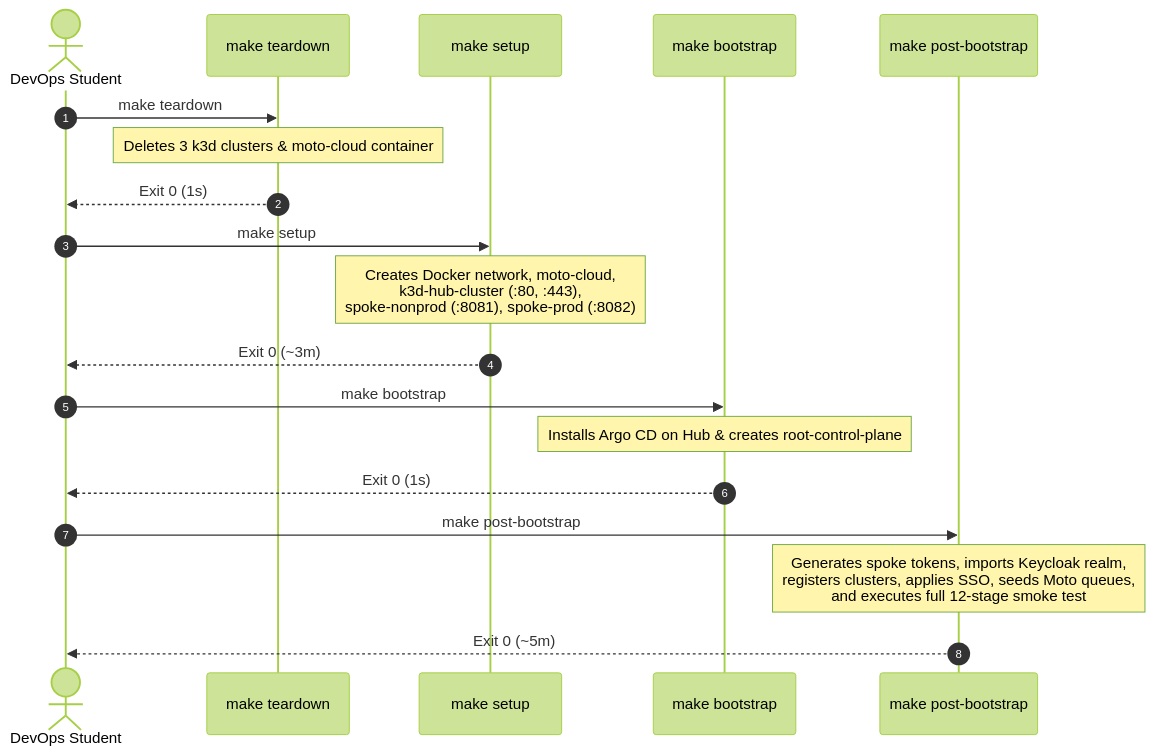
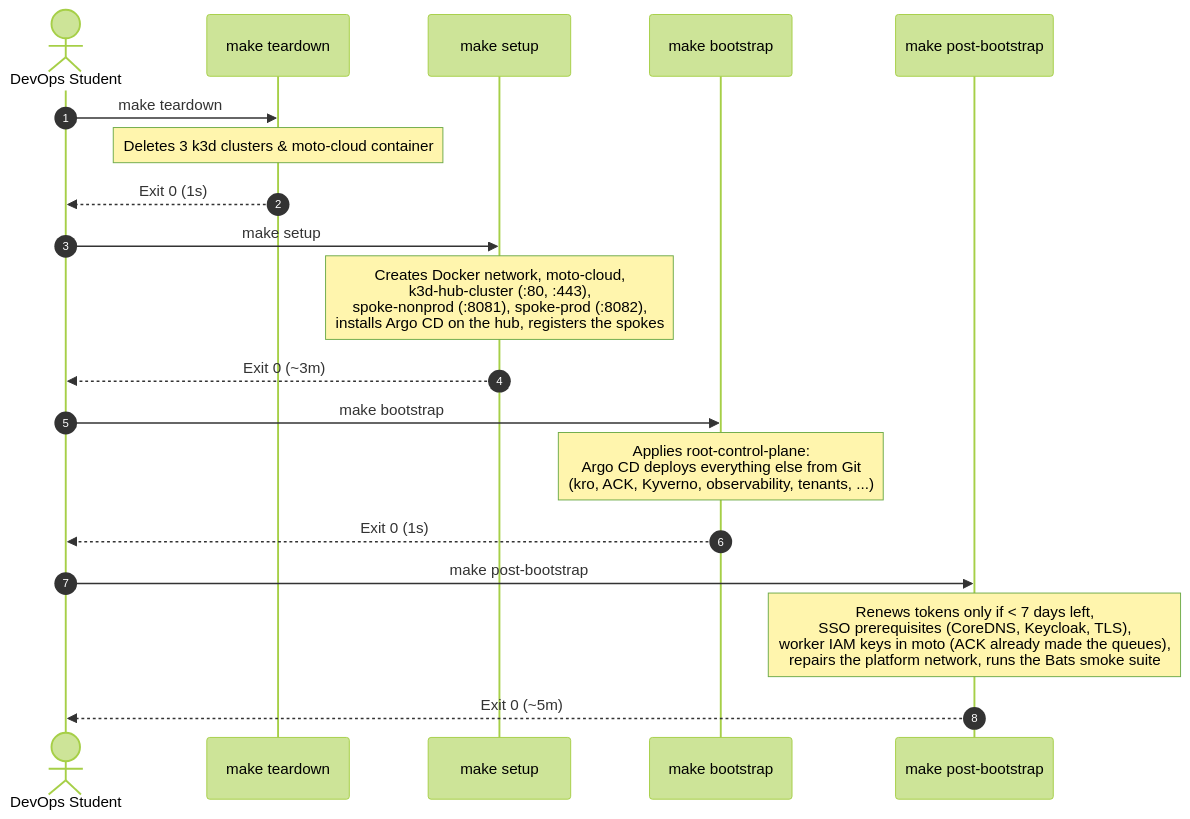
Before and after one commit to brunobml/gitops-control-plane: the second of 2 diagrams in docs/runbooks/devops-student-rebuild-guide.md, drawn with Mermaid (forest theme). The commit also changed other lines of this file and 5 other files, not shown here.

````diff
--- a/docs/runbooks/devops-student-rebuild-guide.md
+++ b/docs/runbooks/devops-student-rebuild-guide.md
@@ -160,25 +160,25 @@
 ```mermaid
 sequenceDiagram
     autonumber
     actor DevOps as DevOps Student
     participant Teardown as make teardown
     participant Setup as make setup
     participant Bootstrap as make bootstrap
     participant Post as make post-bootstrap
 
     DevOps->>Teardown: make teardown
     Note over Teardown: Deletes 3 k3d clusters & moto-cloud container
     Teardown-->>DevOps: Exit 0 (1s)
 
     DevOps->>Setup: make setup
-    Note over Setup: Creates Docker network, moto-cloud,<br/>k3d-hub-cluster (:80, :443),<br/>spoke-nonprod (:8081), spoke-prod (:8082)
+    Note over Setup: Creates Docker network, moto-cloud,<br/>k3d-hub-cluster (:80, :443),<br/>spoke-nonprod (:8081), spoke-prod (:8082),<br/>installs Argo CD on the hub, registers the spokes
     Setup-->>DevOps: Exit 0 (~3m)
 
     DevOps->>Bootstrap: make bootstrap
-    Note over Bootstrap: Installs Argo CD on Hub & creates root-control-plane
+    Note over Bootstrap: Applies root-control-plane:<br/>Argo CD deploys everything else from Git<br/>(kro, ACK, Kyverno, observability, tenants, ...)
     Bootstrap-->>DevOps: Exit 0 (1s)
 
     DevOps->>Post: make post-bootstrap
-    Note over Post: Generates spoke tokens, imports Keycloak realm,<br/>registers clusters, applies SSO, seeds Moto queues,<br/>and executes full 12-stage smoke test
+    Note over Post: Renews tokens only if < 7 days left,<br/>SSO prerequisites (CoreDNS, Keycloak, TLS),<br/>worker IAM keys in moto (ACK already made the queues),<br/>repairs the platform network, runs the Bats smoke suite
     Post-->>DevOps: Exit 0 (~5m)
 ```
````
